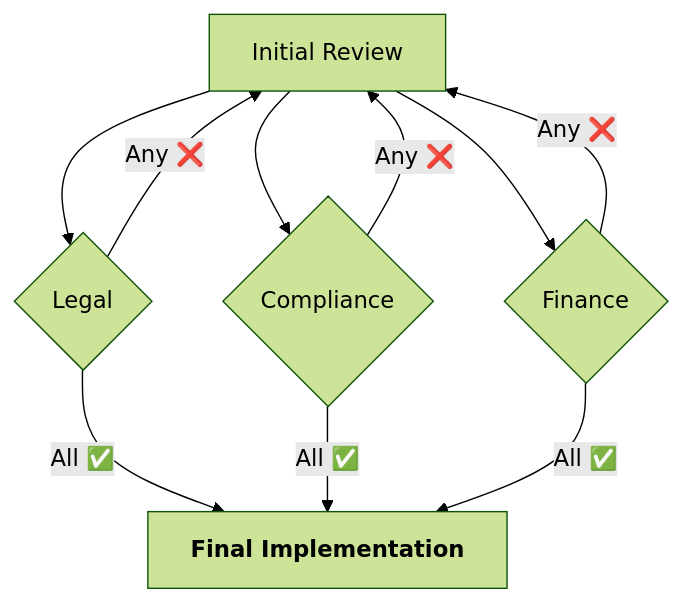
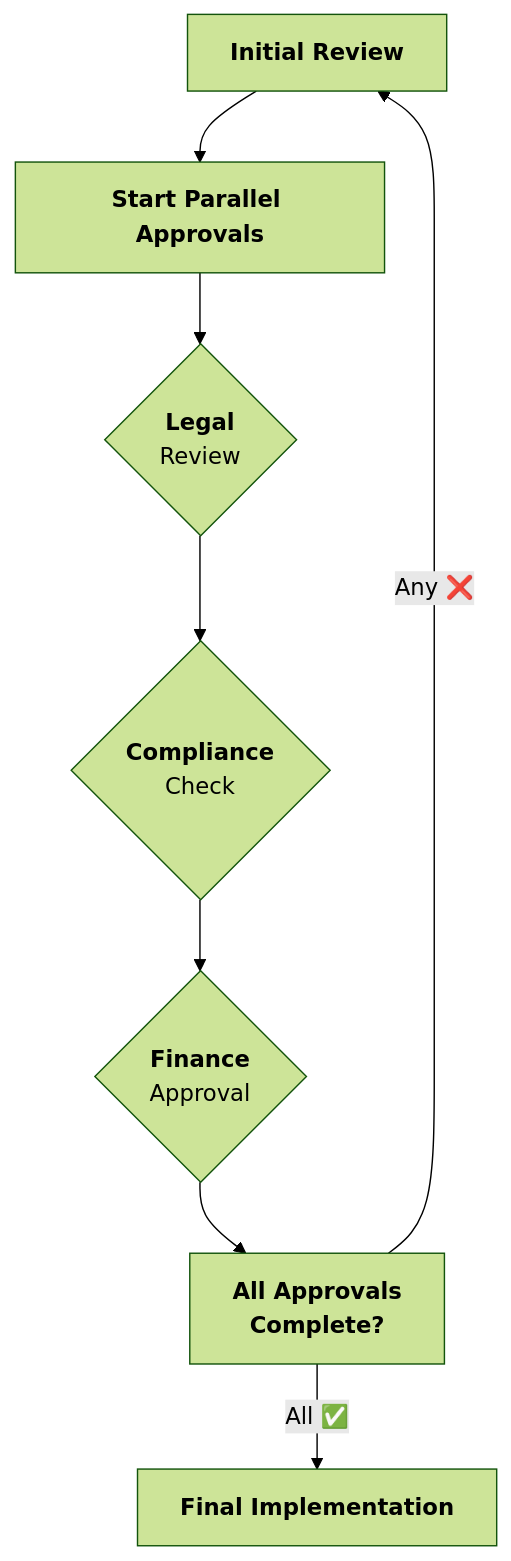
One commit to tallyfy/documentation changed the second of 3 diagrams in src/content/docs/pro/documenting/templates/automations/examples/multi-level-approval-loops.mdx. Above: the diagram before and after it, drawn with Mermaid (forest theme). The commit also changed 2 other files, not shown here.

Commit message:
Fix: Convert hub-and-spoke Mermaid diagrams to vertical layouts for mobile
- Fixed parallel approval diagram to use sequential vertical flow
- Fixed Power BI connection diagram to eliminate branching authentication paths
- Fixed agent execution cycle to embed component annotations inline
- All diagrams now use graph TD with vertical sequential flow
- Ensures proper mobile rendering without horizontal spreading

````diff
--- a/src/content/docs/pro/documenting/templates/automations/examples/multi-level-approval-loops.mdx
+++ b/src/content/docs/pro/documenting/templates/automations/examples/multi-level-approval-loops.mdx
@@ -114,12 +114,24 @@
 ```mermaid
-flowchart TD
-    Initial[Initial Review] --> Legal{Legal}
-    Initial --> Compliance{Compliance}
-    Initial --> Finance{Finance}
+graph TD
+    Initial["`**Initial Review**`"]
     
-    Legal & Compliance & Finance -->|"`All ✅`"| Final["`**Final Implementation**`"]
-    Legal & Compliance & Finance -->|"`Any ❌`"| Initial
+    Initial --> ParallelStart["`**Start Parallel Approvals**`"]
+    
+    ParallelStart --> Legal{"`**Legal**
+    Review`"}
+    
+    Legal --> Compliance{"`**Compliance**
+    Check`"}
+    
+    Compliance --> Finance{"`**Finance**
+    Approval`"}
+    
+    Finance --> Sync["`**All Approvals
+    Complete?**`"]
+    
+    Sync -->|"`All ✅`"| Final["`**Final Implementation**`"]
+    Sync -->|"`Any ❌`"| Initial
     
     click Legal "/products/pro/documenting/templates/automations/actions/visibility-actions/" "Learn about parallel visibility rules"
     click Final "/products/pro/documenting/templates/automations/conditionals/conditionals-explained/" "Learn about AND conditions for synchronization"
 ```
````
